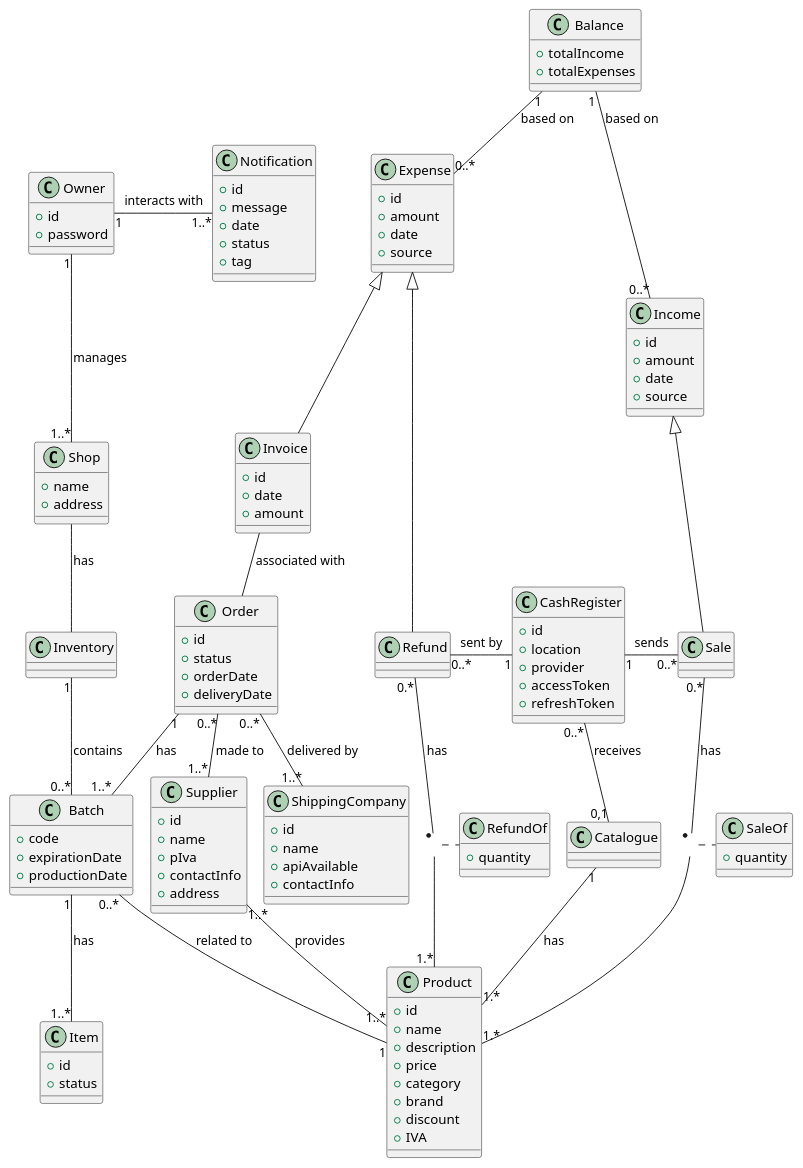
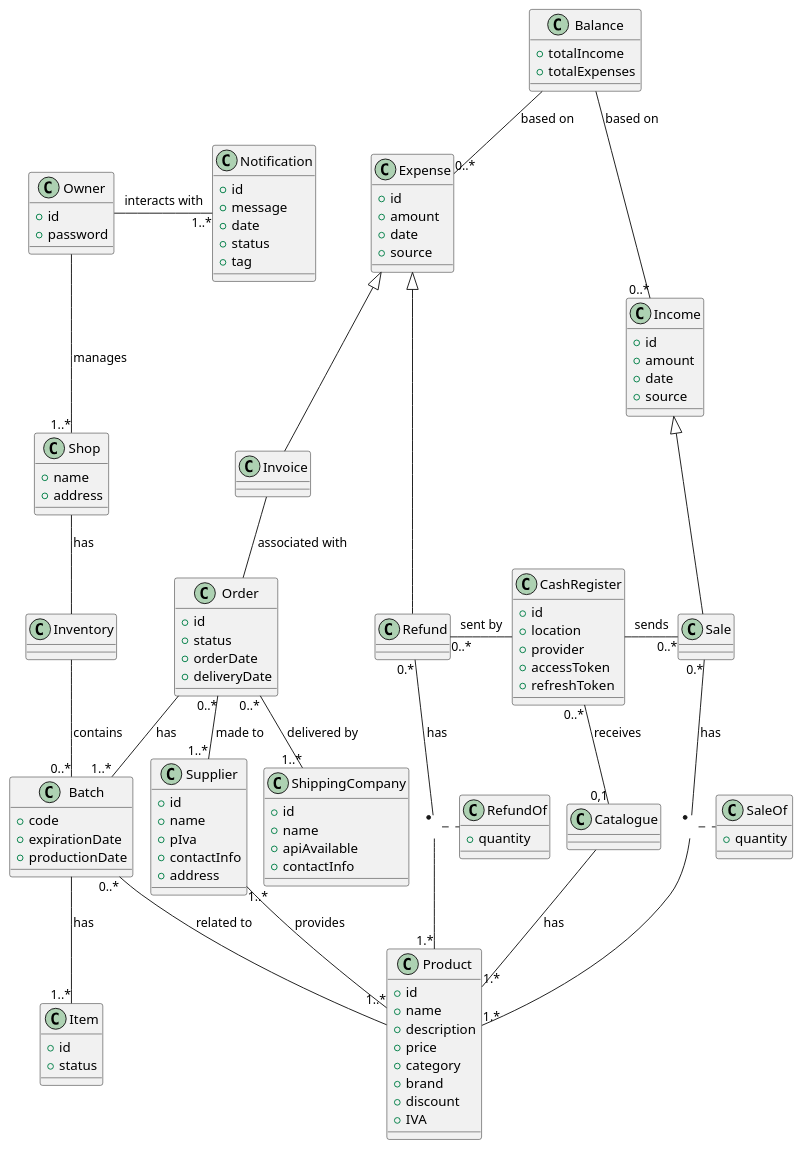
One commit to Giuseppeclv008/Project changed the second of 2 diagrams in Requirements.md. Above: the diagram before and after it, drawn with PlantUML.

Commit message:
fix: removed redundant 1 in '1' -> '*' relationships

```diff
--- a/Requirements.md
+++ b/Requirements.md
@@ -359,9 +359,6 @@
 }
 
 class Invoice {
-    + id
-    + date
-    + amount
 }
 
 class Order {
@@ -419,13 +416,13 @@
 }
 
 
-Balance "1" -- "0..*" Expense: > based on 
-Balance "1" -- "0..*" Income: > based on
+Balance  -- "0..*" Expense: > based on 
+Balance  -- "0..*" Income: > based on
 
 Sale "0.*" -- "1.*" Product : has
 Refund "0.*" -- "1.*" Product: has
-Catalogue "1" -- "1.*" Product:has
-Batch "0..*" -- "1" Product: related to
+Catalogue  -- "1.*" Product:has
+Batch "0..*" --  Product: related to
 Supplier "1..*" -- "1..*" Product: provides
 
 
@@ -438,27 +435,27 @@
     + quantity
 }
 
-Batch "1" -- "1..*" Item: > has
+Batch  -- "1..*" Item: > has
 
-Order "1" -- "1..*" Batch: > has
+Order  -- "1..*" Batch: > has
 Order "0..*" -- "1..*" Supplier: > made to 
 Order "0..*" -- "1..*" ShippingCompany: > delivered by 
 
 Invoice --  Order:> associated with
 
-CashRegister "1" -l- "0..*" Refund: > sent by
-CashRegister "1" -r- "0..*" Sale: > sends
+CashRegister  -l- "0..*" Refund: > sent by
+CashRegister  -r- "0..*" Sale: > sends
 CashRegister "0..*" -d- "0,1" Catalogue: > receives
 
-Inventory "1" -- "0..*" Batch: > contains
+Inventory  -- "0..*" Batch: > contains
 
 Income <|-- Sale
 Expense <|-- Refund
 Expense <|-- Invoice
 
 
-Owner "1" -- "1..*" Shop:> manages
-Owner "1" -r- "1..*" Notification:> interacts with
+Owner  -- "1..*" Shop:> manages
+Owner  -r- "1..*" Notification:> interacts with
 
 Shop -- Inventory : > has
 
```
